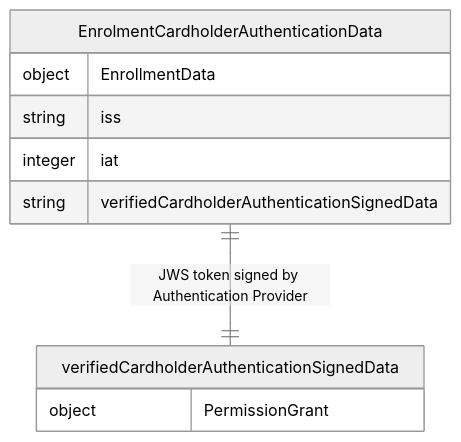
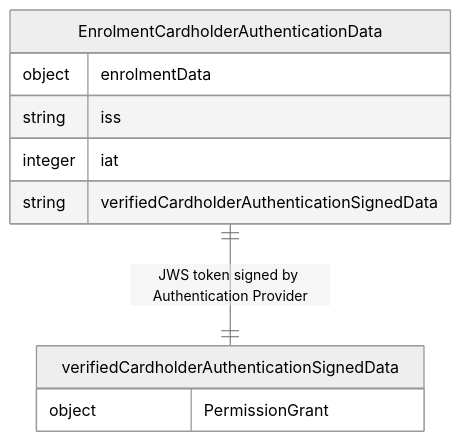
Before and after one commit to BankAxept/bankaxept-epayment-development-kit: the second of 4 diagrams in docs/authentication_interoperability.md, drawn with Mermaid (neutral theme). The commit also changed other lines of this file and 3 other files, not shown here.

````diff
--- a/docs/authentication_interoperability.md
+++ b/docs/authentication_interoperability.md
@@ -72,14 +71,13 @@
 ```mermaid
 erDiagram
   EnrolmentCardholderAuthenticationData ||--|| verifiedCardholderAuthenticationSignedData : "JWS token signed by Authentication Provider"
   EnrolmentCardholderAuthenticationData {
-        object EnrollmentData
+        object enrolmentData
         string iss
         integer iat
         string verifiedCardholderAuthenticationSignedData
     }
     verifiedCardholderAuthenticationSignedData {
       object PermissionGrant
     }
-
 ```
````
